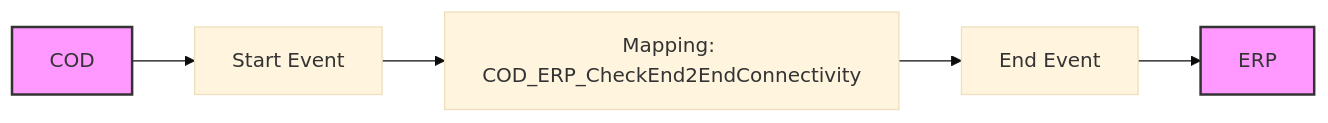
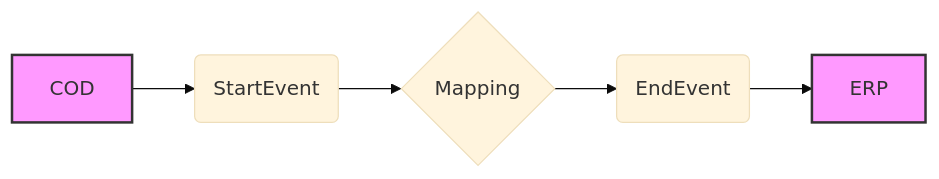
One commit to Avvale-IA-CICD/AvvaleCPI changed the diagram in MMZ - Cell Iflows/Check_Connectivity_to_SAP_Business_Suite_MMZ-1.0.4/readme.md. Above: the diagram before and after it, drawn with Mermaid (base theme). The commit also changed other lines of this file, not shown here.

Commit message:
Add/update documentation for Check_Connectivity_to_SAP_Business_Suite_MMZ v1.0.4

````diff
--- a/MMZ - Cell Iflows/Check_Connectivity_to_SAP_Business_Suite_MMZ-1.0.4/readme.md
+++ b/MMZ - Cell Iflows/Check_Connectivity_to_SAP_Business_Suite_MMZ-1.0.4/readme.md
@@ -4,10 +4,9 @@
 ```mermaid
 graph LR
-    style COD fill:#f9f,stroke:#333,stroke-width:2px
-    style ERP fill:#f9f,stroke:#333,stroke-width:2px
-    COD[COD]:::participant --> StartEvent
-    StartEvent[Start Event] --> Mapping
-    Mapping[Mapping: COD_ERP_CheckEnd2EndConnectivity] --> EndEvent
-    EndEvent[End Event] --> ERP[ERP]:::participant
-    classDef participant fill:#f9f,stroke:#333,stroke-width:2px
+    A[COD] --> B(StartEvent)
+    B --> C{Mapping}
+    C --> D(EndEvent)
+    D --> E[ERP]
+    style A fill:#f9f,stroke:#333,stroke-width:2px
+    style E fill:#f9f,stroke:#333,stroke-width:2px
 ```
````
